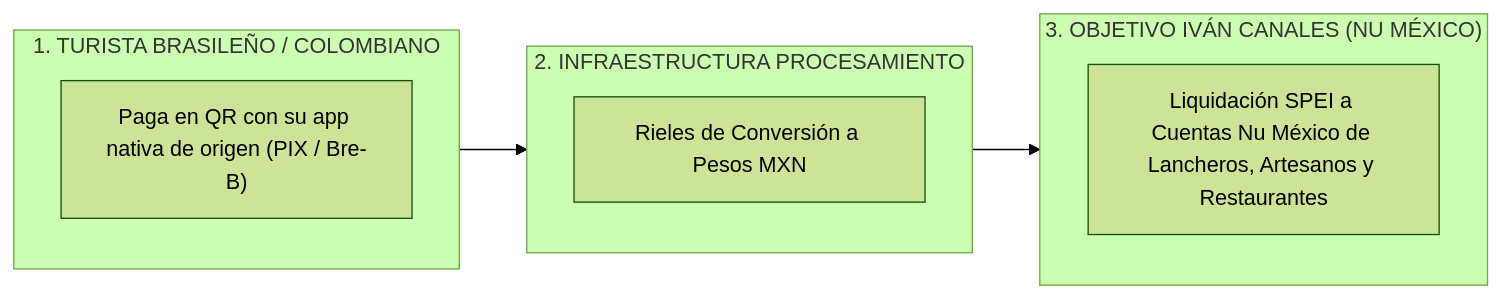
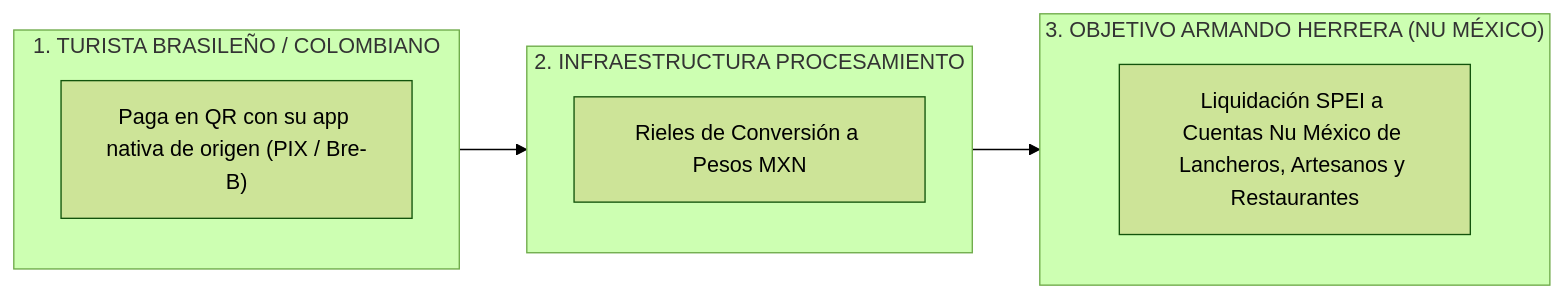
The diagram in PROPUESTA_PATROCINIO_ESTRATEGICO_NU_BANK.md (agutierrez11/riviera-maya-payments), drawn with Mermaid (forest theme) before and after one commit. The commit also changed other lines of this file, not shown here.

Commit message:
feat: personalizacion de propuesta de patrocinio para Armando Herrera (Nu Mexico)

````diff
--- a/PROPUESTA_PATROCINIO_ESTRATEGICO_NU_BANK.md
+++ b/PROPUESTA_PATROCINIO_ESTRATEGICO_NU_BANK.md
@@ -18,16 +18,16 @@
 ```mermaid
 flowchart LR
     subgraph TURISTA ["1. TURISTA BRASILEÑO / COLOMBIANO"]
         A["Paga en QR con su app nativa de origen (PIX / Bre-B)"]
     end
 
     subgraph PROCESADOR ["2. INFRAESTRUCTURA PROCESAMIENTO"]
         B["Rieles de Conversión a Pesos MXN"]
     end
 
-    subgraph NUMEXICO ["3. OBJETIVO IVÁN CANALES (NU MÉXICO)"]
+    subgraph NUMEXICO ["3. OBJETIVO ARMANDO HERRERA (NU MÉXICO)"]
         C["Liquidación SPEI a Cuentas Nu México de Lancheros, Artesanos y Restaurantes"]
     end
 
     TURISTA --> PROCESADOR --> NUMEXICO
 ```
````
